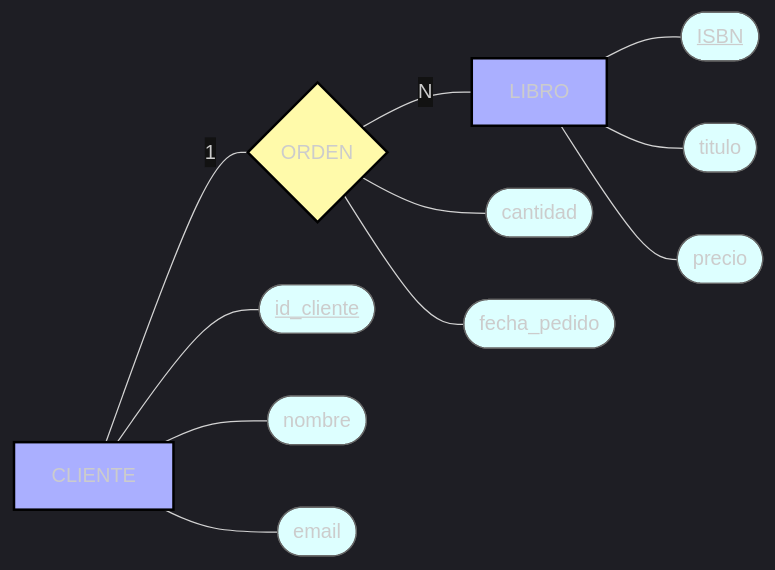
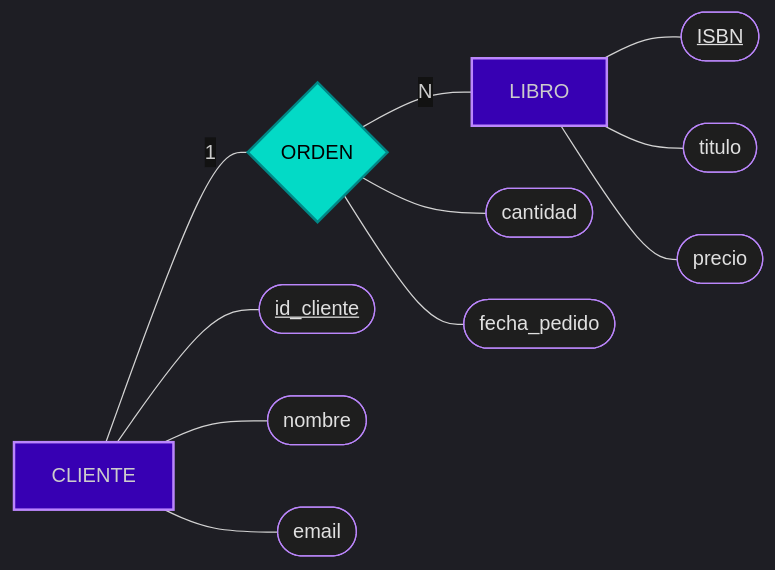
One commit to ConsSorto/ConsSorto.github.io changed the third of 3 diagrams in isc-321/unidad-1/2.md. Above: the diagram before and after it, drawn with Mermaid. The commit also changed other lines of this file and 1 other file, not shown here.

Commit message:
fix: resolve broken images and Mermaid styling in isc-321

````diff
--- a/isc-321/unidad-1/2.md
+++ b/isc-321/unidad-1/2.md
@@ -131,37 +133,37 @@
 ```mermaid
 %%{init: {'theme': 'dark', 'themeVariables': { 'primaryColor': '#018786', 'edgeLabelBackground':'#121212', 'tertiaryColor': '#121212' }}}%%
 graph LR
     %% Entidades (Rectángulos)
     C[CLIENTE]
     L[LIBRO]
     
     %% Relación (Rombos)
     R{ORDEN}
     
     %% Atributos de Cliente (Cápsulas)
     C --- AC1([<u>id_cliente</u>])
     C --- AC2([nombre])
     C --- AC3([email])
     
     %% Atributos de Libro (Cápsulas)
     L --- AL1([<u>ISBN</u>])
     L --- AL2([titulo])
     L --- AL3([precio])
     
     %% Atributos de la Relación (Descriptivos)
     R --- AR1([cantidad])
     R --- AR2([fecha_pedido])
     
     %% Conexiones con Cardinalidad
     C -- "1" --- R
     R -- "N" --- L
 
     %% Definición de Estilos y Colores
-    style C fill:#aaafff,stroke:#000,stroke-width:2px
-    style L fill:#aaafff,stroke:#000,stroke-width:2px
-    style R fill:#fffaaa,stroke:#000,stroke-width:2px
+    style C fill:#3700B3,stroke:#BB86FC,stroke-width:2px
+    style L fill:#3700B3,stroke:#BB86FC,stroke-width:2px
+    style R fill:#03DAC6,stroke:#018786,stroke-width:2px,color:#000
     
-    classDef attr fill:#ddffff,stroke:#666,stroke-width:1px
+    classDef attr fill:#1E1E1E,stroke:#BB86FC,stroke-width:1px,color:#E0E0E0
     class AC1,AC2,AC3,AL1,AL2,AL3,AR1,AR2 attr
 
 ```
````
